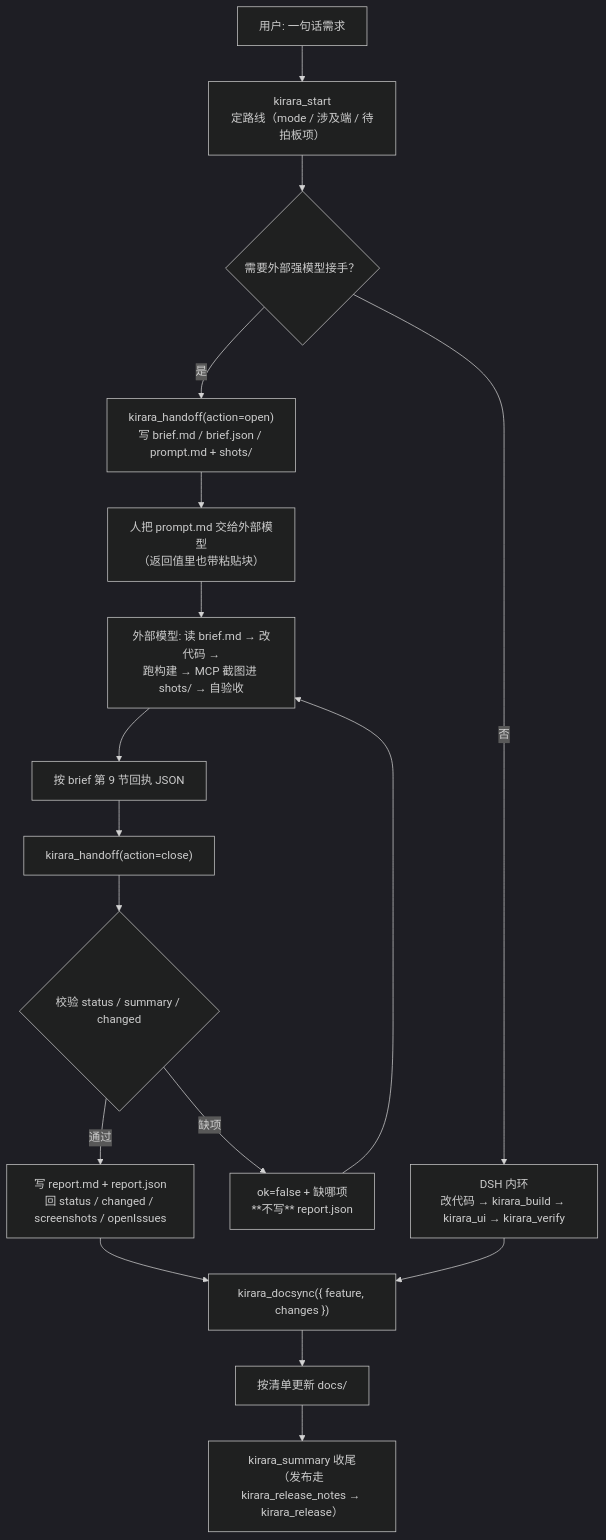
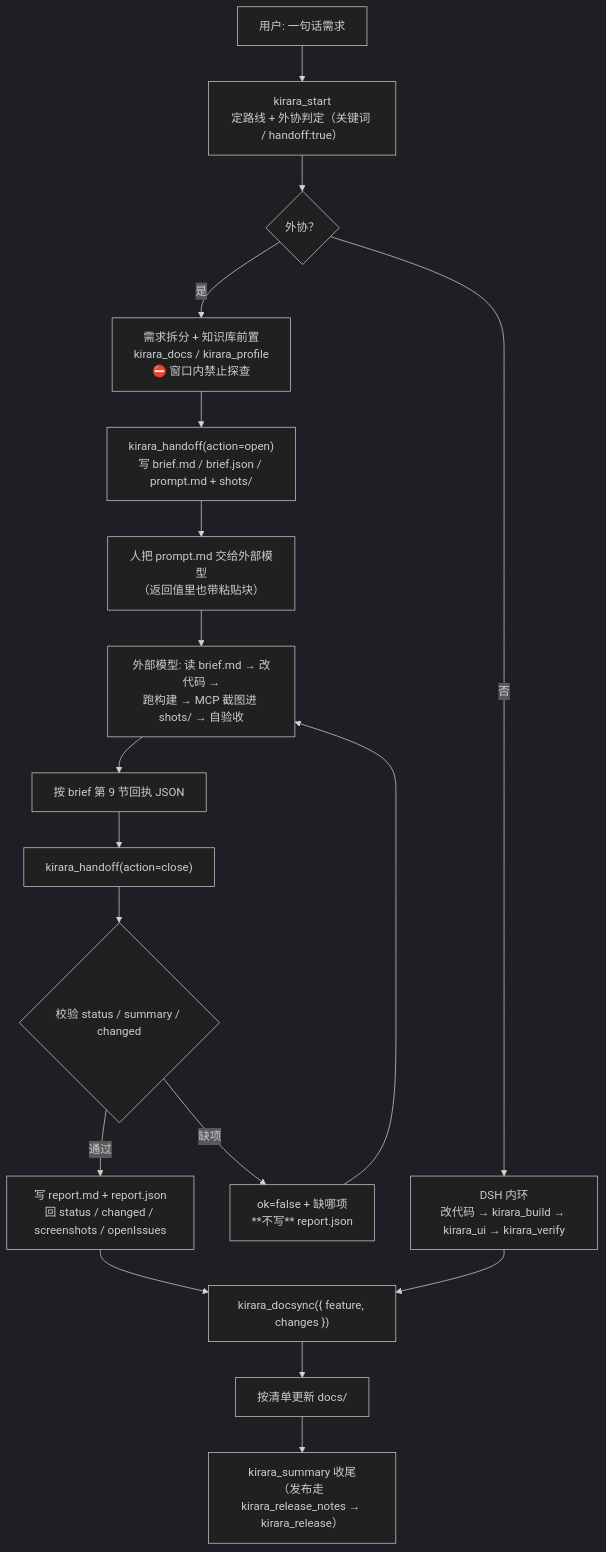
The diagram in docs/handoff.md (akeno6388/dsh-plugin-kirara-dev), drawn with Mermaid (dark theme) before and after one commit. The commit also changed other lines of this file and 3 other files, not shown here.

````diff
--- a/docs/handoff.md
+++ b/docs/handoff.md
@@ -16,21 +77,22 @@
 ```mermaid
 flowchart TD
-    A["用户: 一句话需求"] --> B["kirara_start<br/>定路线（mode / 涉及端 / 待拍板项）"]
-    B --> C{"需要外部强模型接手？"}
+    A["用户: 一句话需求"] --> B["kirara_start<br/>定路线 + 外协判定（关键词 / handoff:true）"]
+    B --> C{"外协？"}
     C -- "否" --> D["DSH 内环<br/>改代码 → kirara_build → kirara_ui → kirara_verify"]
-    C -- "是" --> E["kirara_handoff(action=open)<br/>写 brief.md / brief.json / prompt.md + shots/"]
+    C -- "是" --> B2["需求拆分 + 知识库前置<br/>kirara_docs / kirara_profile<br/>⛔ 窗口内禁止探查"]
+    B2 --> E["kirara_handoff(action=open)<br/>写 brief.md / brief.json / prompt.md + shots/"]
 
     E --> F["人把 prompt.md 交给外部模型<br/>（返回值里也带粘贴块）"]
     F --> G["外部模型: 读 brief.md → 改代码 →<br/>跑构建 → MCP 截图进 shots/ → 自验收"]
     G --> H["按 brief 第 9 节回执 JSON"]
 
     H --> I["kirara_handoff(action=close)"]
     I --> J{"校验 status / summary / changed"}
     J -- "缺项" --> K["ok=false + 缺哪项<br/>**不写** report.json"] --> G
     J -- "通过" --> L["写 report.md + report.json<br/>回 status / changed / screenshots / openIssues"]
 
     L --> M["kirara_docsync({ feature, changes })"]
     M --> N["按清单更新 docs/"]
     N --> O["kirara_summary 收尾<br/>（发布走 kirara_release_notes → kirara_release）"]
     D --> M
 ```
````
